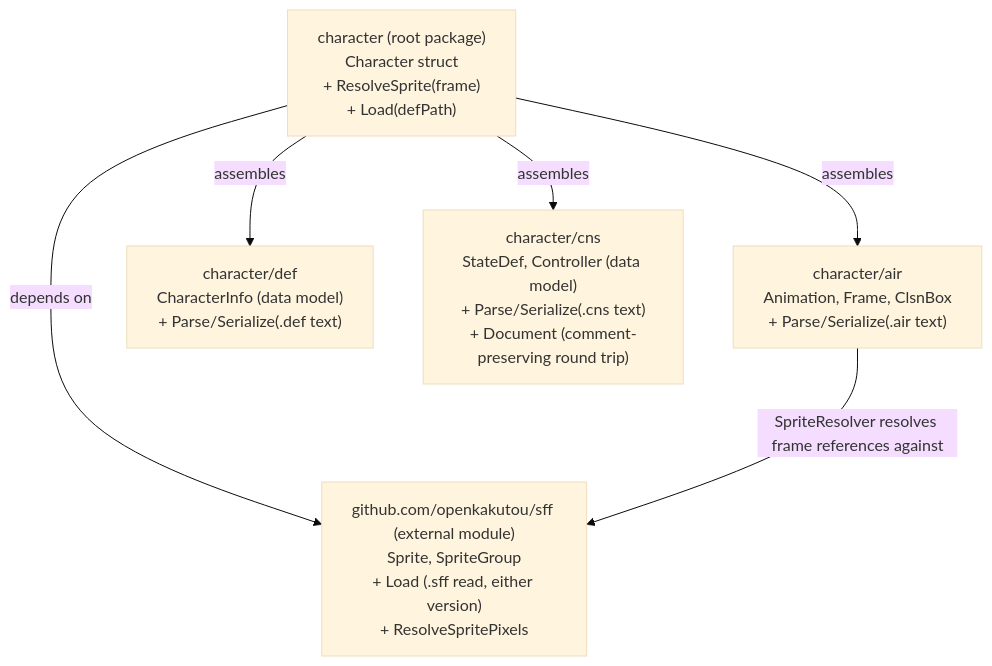
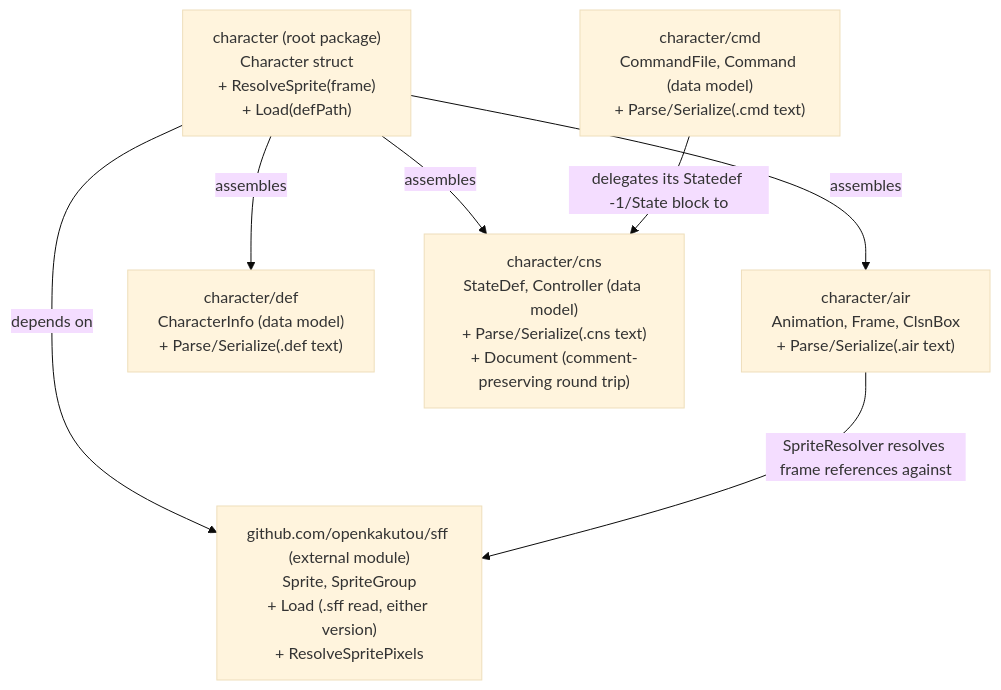
The diagram in docs/architecture.md (openkakutou/character), drawn with Mermaid (base theme) before and after one commit. The commit also changed other lines of this file and 21 other files, not shown here.

````diff
--- a/docs/architecture.md
+++ b/docs/architecture.md
@@ -12,14 +12,16 @@
 ```mermaid
 graph TD
     root["character (root package)<br/>Character struct<br/>+ ResolveSprite(frame)<br/>+ Load(defPath)"]
     air["character/air<br/>Animation, Frame, ClsnBox<br/>+ Parse/Serialize(.air text)"]
     def["character/def<br/>CharacterInfo (data model)<br/>+ Parse/Serialize(.def text)"]
     sff["github.com/openkakutou/sff (external module)<br/>Sprite, SpriteGroup<br/>+ Load (.sff read, either version)<br/>+ ResolveSpritePixels"]
     cns["character/cns<br/>StateDef, Controller (data model)<br/>+ Parse/Serialize(.cns text)<br/>+ Document (comment-preserving round trip)"]
+    cmd["character/cmd<br/>CommandFile, Command (data model)<br/>+ Parse/Serialize(.cmd text)"]
 
     root -->|assembles| air
     root -->|assembles| def
     root -->|assembles| cns
     root -->|depends on| sff
     air -->|SpriteResolver resolves frame references against| sff
+    cmd -->|delegates its Statedef -1/State block to| cns
 ```
````
